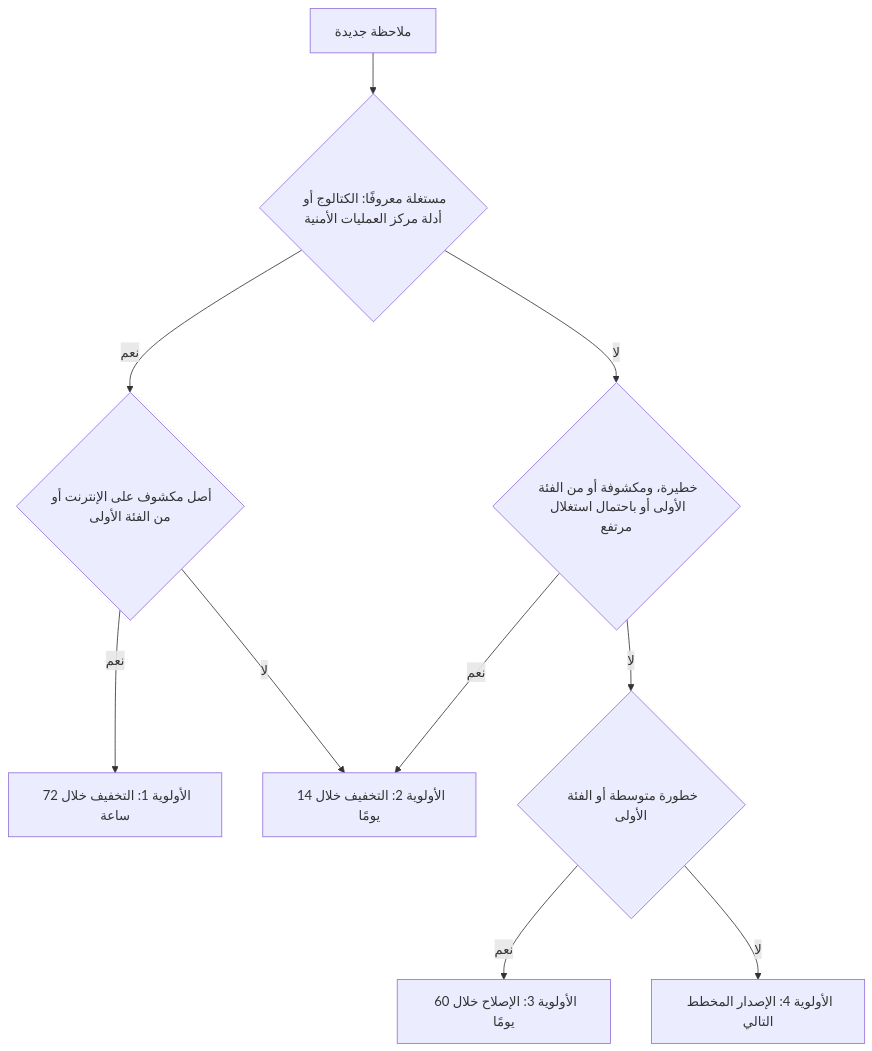
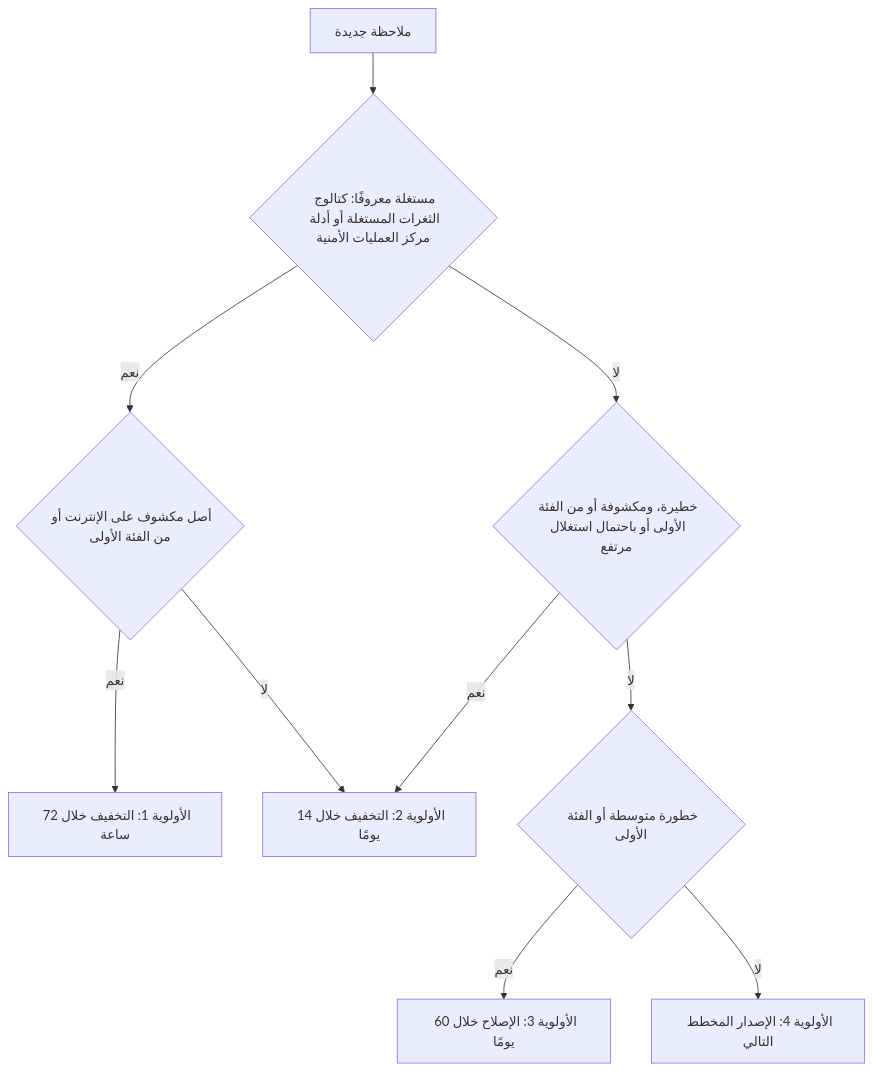
Before and after one commit to Tamoura/system-design-for-vibe-coders: the third of 3 diagrams in secai/modules/01-foundations.ar.md, drawn with Mermaid. The commit also changed other lines of this file and 17 other files, not shown here.

````diff
--- a/secai/modules/01-foundations.ar.md
+++ b/secai/modules/01-foundations.ar.md
@@ -637,12 +637,12 @@
 ```mermaid
 flowchart TD
-    A["ملاحظة جديدة"] --> B{"مستغلة معروفًا: الكتالوج أو أدلة مركز العمليات الأمنية"}
+    A["ملاحظة جديدة"] --> B{"مستغلة معروفًا: كتالوج الثغرات المستغلة أو أدلة مركز العمليات الأمنية"}
     B -->|"نعم"| C{"أصل مكشوف على الإنترنت أو من الفئة الأولى"}
     C -->|"نعم"| P1["الأولوية 1: التخفيف خلال 72 ساعة"]
     C -->|"لا"| P2["الأولوية 2: التخفيف خلال 14 يومًا"]
     B -->|"لا"| D{"خطيرة، ومكشوفة أو من الفئة الأولى أو باحتمال استغلال مرتفع"}
     D -->|"نعم"| P2
     D -->|"لا"| E{"خطورة متوسطة أو الفئة الأولى"}
     E -->|"نعم"| P3["الأولوية 3: الإصلاح خلال 60 يومًا"]
     E -->|"لا"| P4["الأولوية 4: الإصدار المخطط التالي"]
 ```
````
